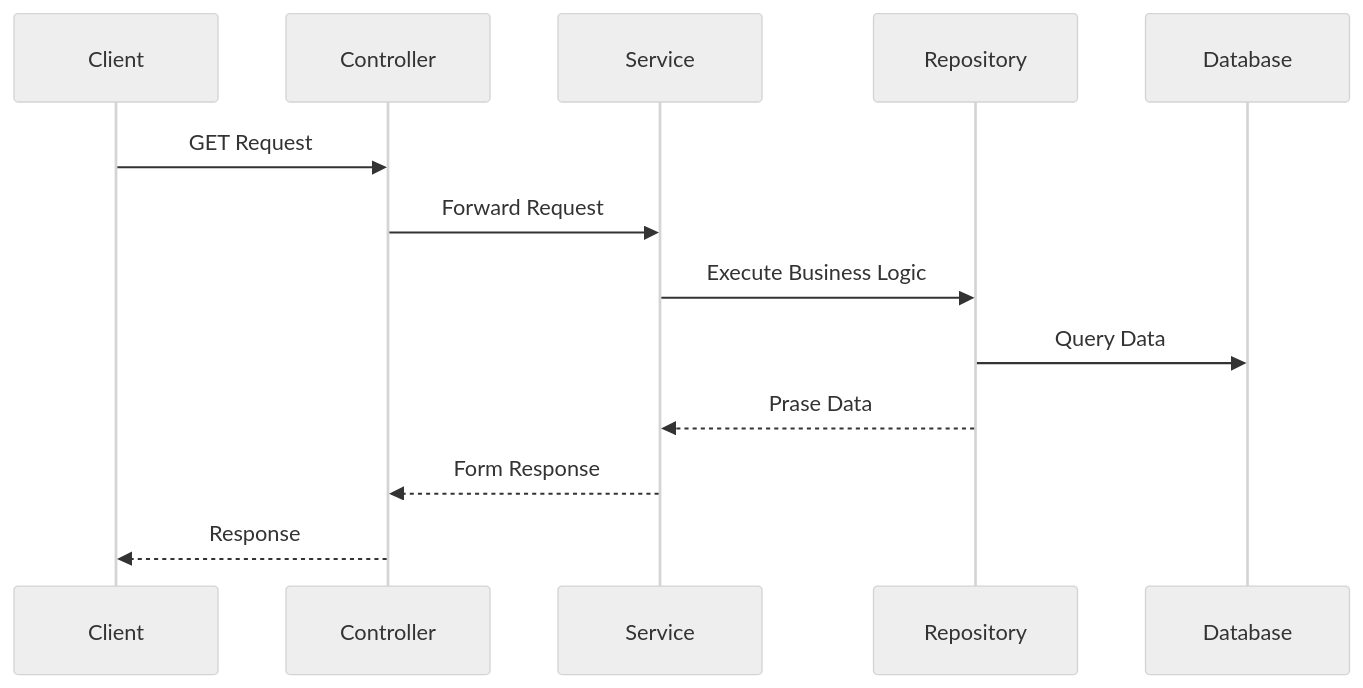
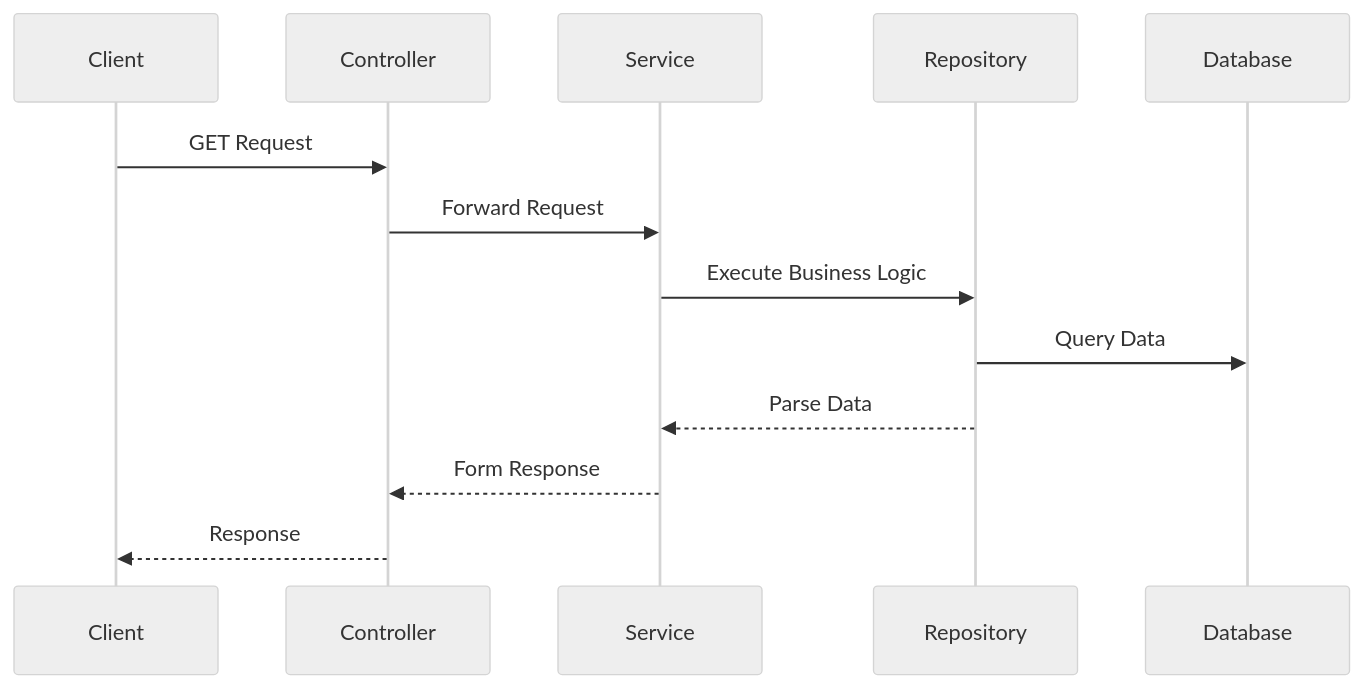
One commit to kmanadkat/udnd-java-rest-simple changed the second of 2 diagrams in README.md. Above: the diagram before and after it, drawn with Mermaid (neutral theme).

````diff
--- a/README.md
+++ b/README.md
@@ -18,17 +18,17 @@
 ```mermaid
 sequenceDiagram
     participant Client
     participant Controller
     participant Service
     participant Repository
     participant Database
 
     Client->>Controller: GET Request
     Controller->>Service: Forward Request
     Service->>Repository: Execute Business Logic
     Repository->>Database: Query Data
 
-    Repository-->>Service: Prase Data
+    Repository-->>Service: Parse Data
     Service-->>Controller: Form Response 
     Controller-->>Client: Response
 ```
````
